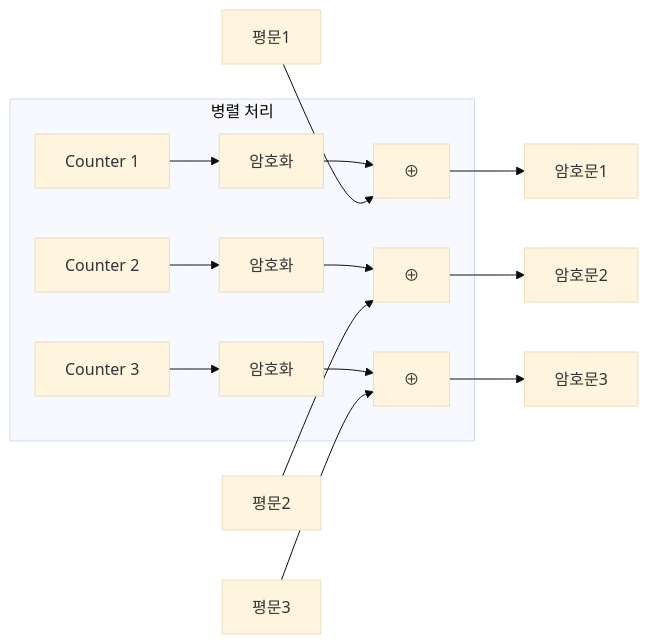
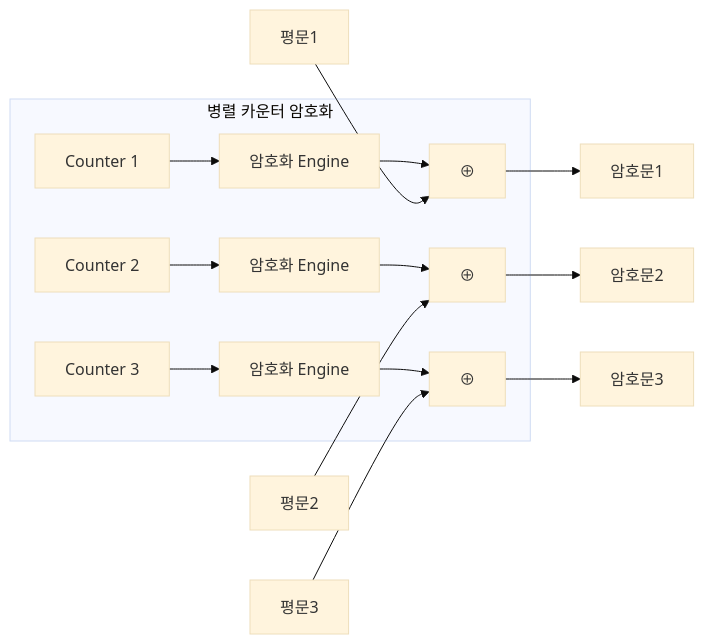
Before and after one commit to youngmin-gwon/what-i-studied: the fourth of 6 diagrams in 01_inbox/security/fundamentals/block-cipher-modes.md, drawn with Mermaid (base theme). The commit also changed other lines of this file and 52 other files, not shown here.

````diff
--- a/01_inbox/security/fundamentals/block-cipher-modes.md
+++ b/01_inbox/security/fundamentals/block-cipher-modes.md
@@ -139,12 +132,12 @@
 ```mermaid
 graph LR
-    subgraph "병렬 처리"
-        CTR1[Counter 1] --> E1[암호화] --> XOR1[⊕]
-        CTR2[Counter 2] --> E2[암호화] --> XOR2[⊕]
-        CTR3[Counter 3] --> E3[암호화] --> XOR3[⊕]
+    subgraph "병렬 카운터 암호화"
+        CTR1[Counter 1] --> E1[암호화 Engine] --> XOR1[⊕]
+        CTR2[Counter 2] --> E2[암호화 Engine] --> XOR2[⊕]
+        CTR3[Counter 3] --> E3[암호화 Engine] --> XOR3[⊕]
     end
     
     P1[평문1] --> XOR1 --> C1[암호문1]
     P2[평문2] --> XOR2 --> C2[암호문2]
     P3[평문3] --> XOR3 --> C3[암호문3]
 ```
````
